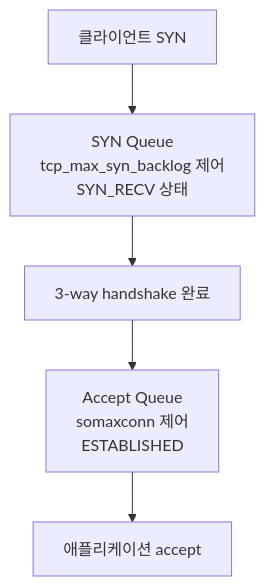
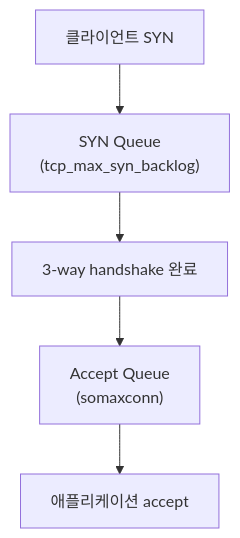
Before and after one commit to moonblueblue/devops-wiki: the first of 3 diagrams in content/linux/boot-init/kernel-parameters.md, drawn with Mermaid. The commit also changed other lines of this file and 2 other files, not shown here.

````diff
--- a/content/linux/boot-init/kernel-parameters.md
+++ b/content/linux/boot-init/kernel-parameters.md
@@ -84,10 +84,10 @@
 ```mermaid
 graph TD
     A[클라이언트 SYN]
-    B["SYN Queue\ntcp_max_syn_backlog 제어\nSYN_RECV 상태"]
+    B["SYN Queue\n(tcp_max_syn_backlog)"]
     C[3-way handshake 완료]
-    D["Accept Queue\nsomaxconn 제어\nESTABLISHED"]
+    D["Accept Queue\n(somaxconn)"]
     E[애플리케이션 accept]
 
     A --> B --> C --> D --> E
 ```
````
